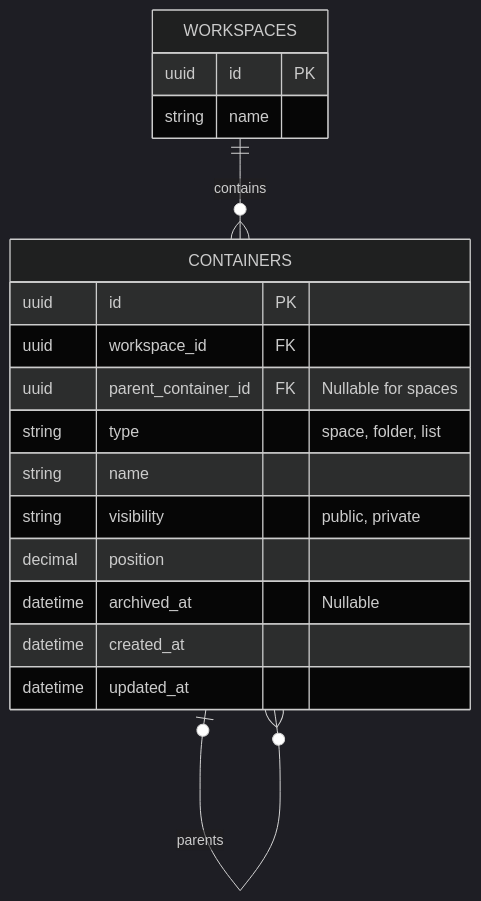
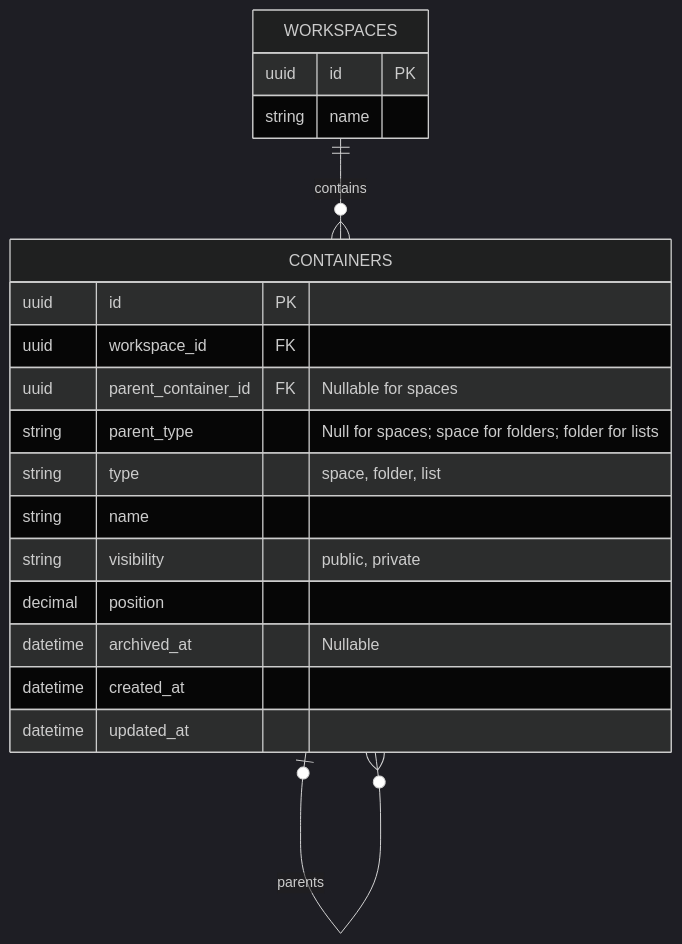
The second of 5 diagrams in docs/modules/hierarchy.md (androizer/flowboard), drawn with Mermaid (dark theme) before and after one commit. The commit also changed other lines of this file and 10 other files, not shown here.

````diff
--- a/docs/modules/hierarchy.md
+++ b/docs/modules/hierarchy.md
@@ -30,22 +30,23 @@
 ```mermaid
 erDiagram
     WORKSPACES ||--o{ CONTAINERS : contains
     CONTAINERS o|--o{ CONTAINERS : parents
 
     WORKSPACES {
         uuid id PK
         string name
     }
     CONTAINERS {
         uuid id PK
         uuid workspace_id FK
         uuid parent_container_id FK "Nullable for spaces"
+        string parent_type "Null for spaces; space for folders; folder for lists"
         string type "space, folder, list"
         string name
         string visibility "public, private"
         decimal position
         datetime archived_at "Nullable"
         datetime created_at
         datetime updated_at
     }
 ```
````
